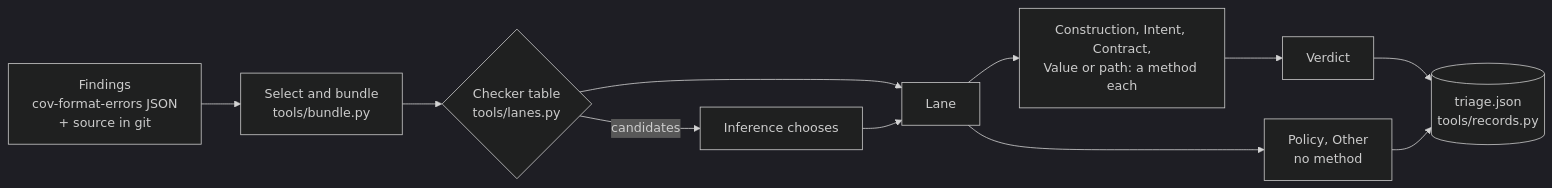
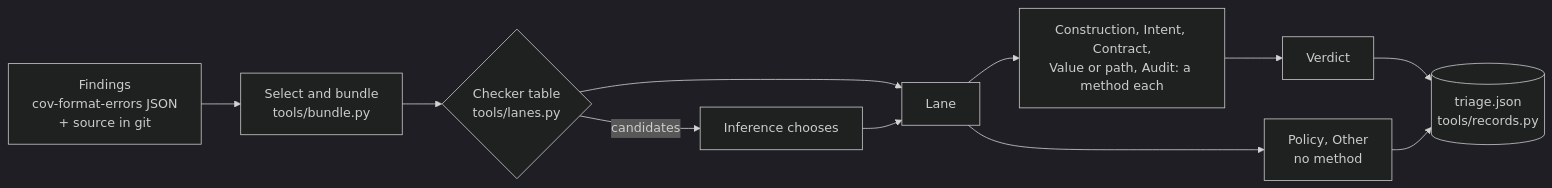
One commit to edtice-goog/CoveritySkills changed the diagram in coverity-triage/README.md. Above: the diagram before and after it, drawn with Mermaid (dark theme). The commit also changed other lines of this file and 10 other files, not shown here.

````diff
--- a/coverity-triage/README.md
+++ b/coverity-triage/README.md
@@ -38,13 +39,13 @@
 ```mermaid
 flowchart LR
     F["Findings<br/>cov-format-errors JSON<br/>+ source in git"] --> S["Select and bundle<br/>tools/bundle.py"]
     S --> T{"Checker table<br/>tools/lanes.py"}
     T -->|"candidates"| A["Inference chooses"]
     T --> L["Lane"]
     A --> L
-    L --> M["Construction, Intent, Contract,<br/>Value or path: a method each"]
+    L --> M["Construction, Intent, Contract,<br/>Value or path, Audit: a method each"]
     L --> P["Policy, Other<br/>no method"]
     M --> V["Verdict"]
     V --> R[("triage.json<br/>tools/records.py")]
     P --> R
 ```
````
